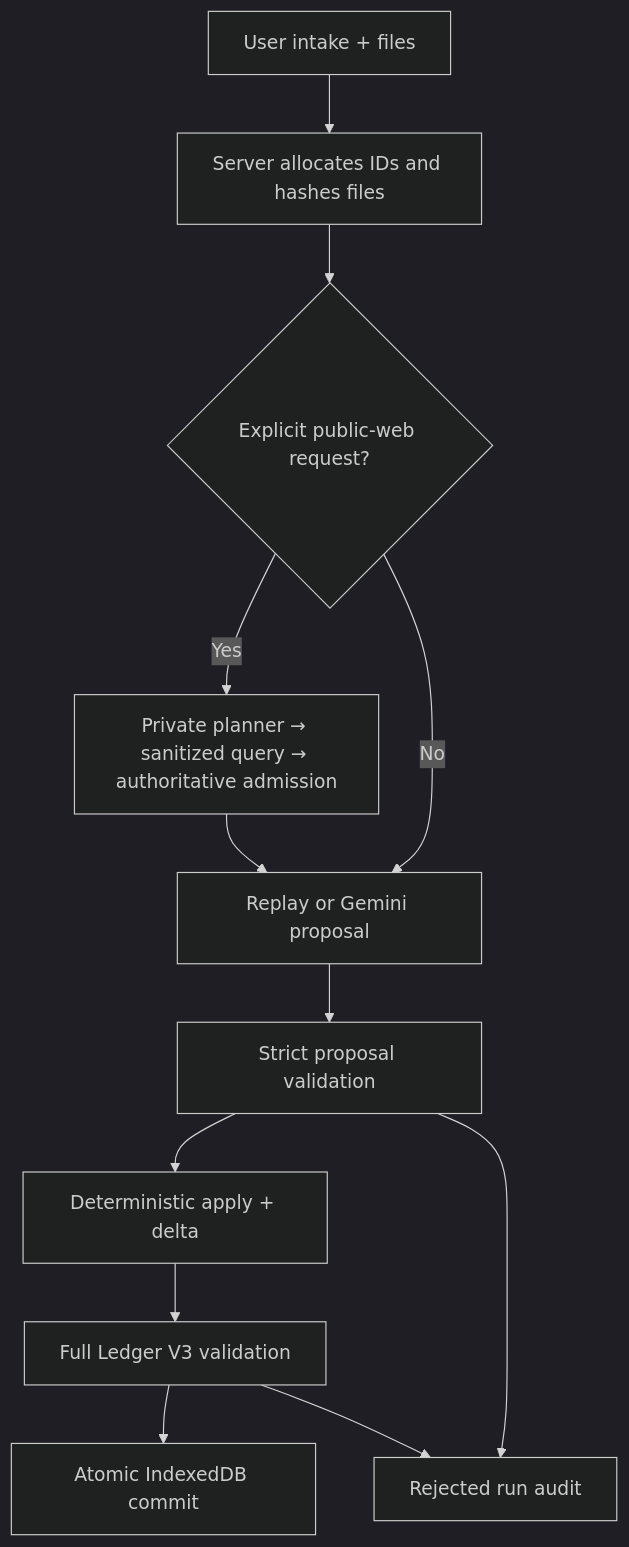
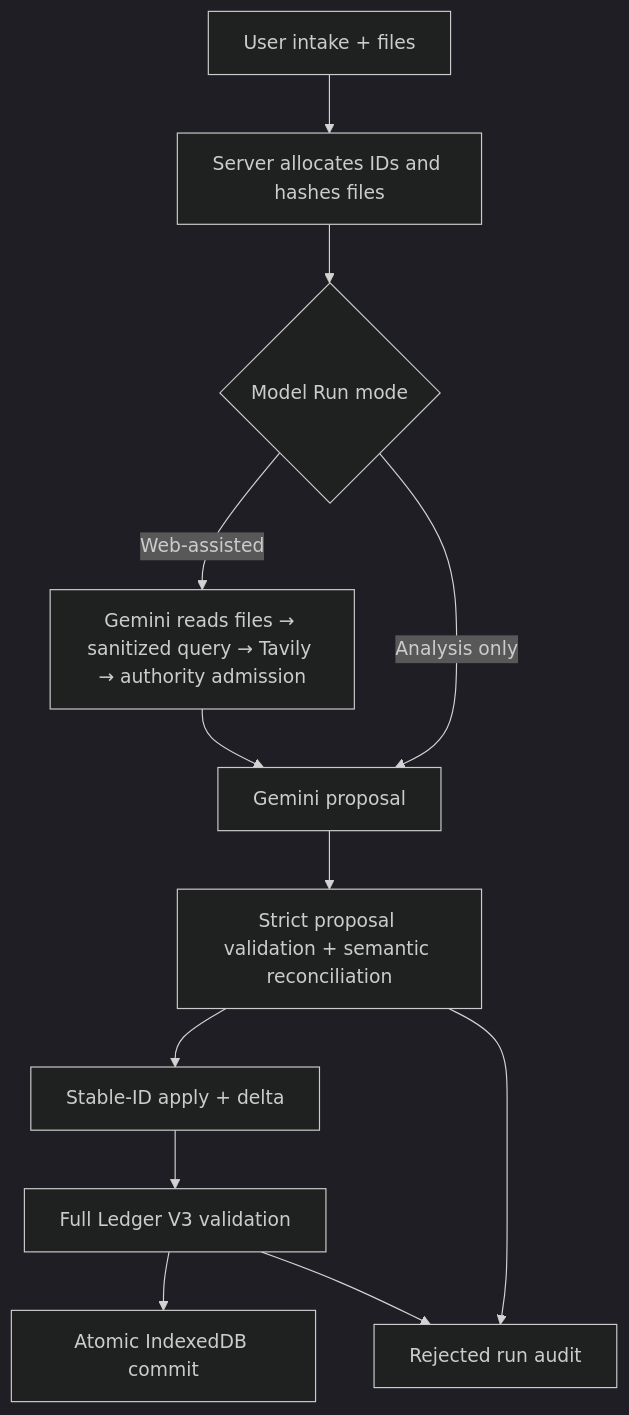
The diagram in docs/ARCHITECTURE.md (Yunero1206/Explainable-App), drawn with Mermaid (dark theme) before and after one commit. The commit also changed other lines of this file and 26 other files, not shown here.

````diff
--- a/docs/ARCHITECTURE.md
+++ b/docs/ARCHITECTURE.md
@@ -5,14 +5,14 @@
 ```mermaid
 flowchart TD
   A["User intake + files"] --> B["Server allocates IDs and hashes files"]
-  B --> C{"Explicit public-web request?"}
-  C -->|"Yes"| D["Private planner → sanitized query → authoritative admission"]
-  C -->|"No"| E["Replay or Gemini proposal"]
+  B --> C{"Model Run mode"}
+  C -->|"Web-assisted"| D["Gemini reads files → sanitized query → Tavily → authority admission"]
+  C -->|"Analysis only"| E["Gemini proposal"]
   D --> E
-  E --> F["Strict proposal validation"]
-  F --> G["Deterministic apply + delta"]
+  E --> F["Strict proposal validation + semantic reconciliation"]
+  F --> G["Stable-ID apply + delta"]
   G --> H["Full Ledger V3 validation"]
   H --> I["Atomic IndexedDB commit"]
   F --> J["Rejected run audit"]
   H --> J
 ```
````
